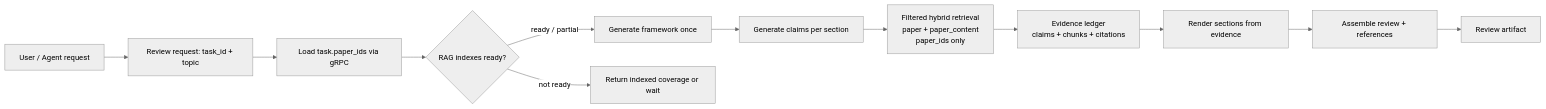
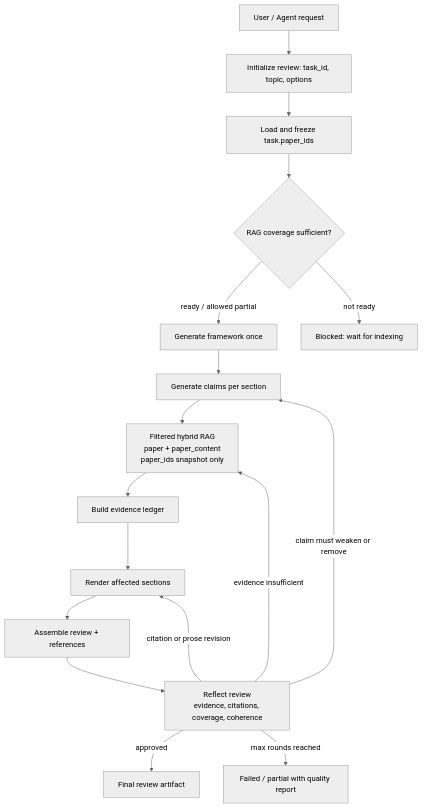
Before and after one commit to yuanlang1/paper-collector-agent: the diagram in docs/task-review-agent-flow.mmd, drawn with Mermaid (neutral theme). The commit also changed 20 other files, not shown here.

```diff
--- a/docs/task-review-agent-flow.mmd
+++ b/docs/task-review-agent-flow.mmd
@@ -1,12 +1,17 @@
-flowchart LR
-    U["User / Agent request"] --> I["Review request: task_id + topic"]
-    I --> P["Load task.paper_ids via gRPC"]
-    P --> G{"RAG indexes ready?"}
-    G -->|"ready / partial"| F["Generate framework once"]
-    G -->|"not ready"| W["Return indexed coverage or wait"]
+flowchart TD
+    U["User / Agent request"] --> I["Initialize review: task_id, topic, options"]
+    I --> P["Load and freeze task.paper_ids"]
+    P --> G{"RAG coverage sufficient?"}
+    G -->|"ready / allowed partial"| F["Generate framework once"]
+    G -->|"not ready"| W["Blocked: wait for indexing"]
     F --> C["Generate claims per section"]
-    C --> R["Filtered hybrid retrieval\npaper + paper_content\npaper_ids only"]
-    R --> E["Evidence ledger\nclaims + chunks + citations"]
-    E --> D["Render sections from evidence"]
+    C --> R["Filtered hybrid RAG\npaper + paper_content\npaper_ids snapshot only"]
+    R --> E["Build evidence ledger"]
+    E --> D["Render affected sections"]
     D --> A["Assemble review + references"]
-    A --> O["Review artifact"]
+    A --> Q["Reflect review\nevidence, citations, coverage, coherence"]
+    Q -->|"approved"| O["Final review artifact"]
+    Q -->|"citation or prose revision"| D
+    Q -->|"evidence insufficient"| R
+    Q -->|"claim must weaken or remove"| C
+    Q -->|"max rounds reached"| X["Failed / partial with quality report"]
```
